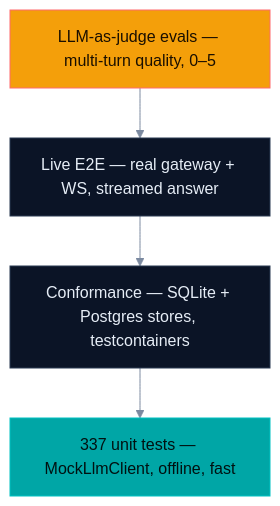
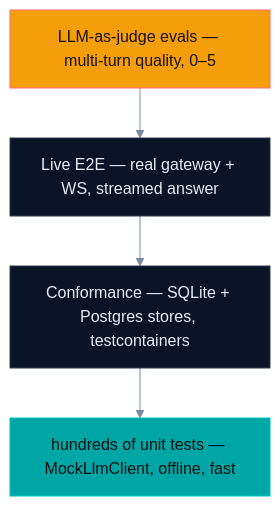
One commit to SmooAI/smooth-operator-core changed the third of 3 diagrams in README.md. Above: the diagram before and after it, drawn with Mermaid. The commit also changed other lines of this file and 21 other files, not shown here.

````diff
--- a/README.md
+++ b/README.md
@@ -266,18 +307,18 @@
 ```mermaid
 %%{init: {'theme':'base','themeVariables':{
   'background':'#020618','primaryColor':'#0b1426','primaryTextColor':'#e6edf6','primaryBorderColor':'#2b3a52',
   'lineColor':'#7c8aa0','secondaryColor':'#0b1426','tertiaryColor':'#0b1426','fontFamily':'ui-sans-serif, system-ui, sans-serif',
   'clusterBkg':'#0b1426','clusterBorder':'#22304a'}}}%%
 flowchart TD
     J["LLM-as-judge evals — multi-turn quality, 0–5"]
     E["Live E2E — real gateway + WS, streamed answer"]
     C["Conformance — SQLite + Postgres stores, testcontainers"]
-    U["337 unit tests — MockLlmClient, offline, fast"]
+    U["hundreds of unit tests — MockLlmClient, offline, fast"]
 
     J --> E --> C --> U
 
     classDef warm fill:#f49f0a,stroke:#ff6b6c,color:#1a0f00;
     classDef teal fill:#00a6a6,stroke:#00c2c2,color:#011;
     class J warm
     class U teal
 ```
````
